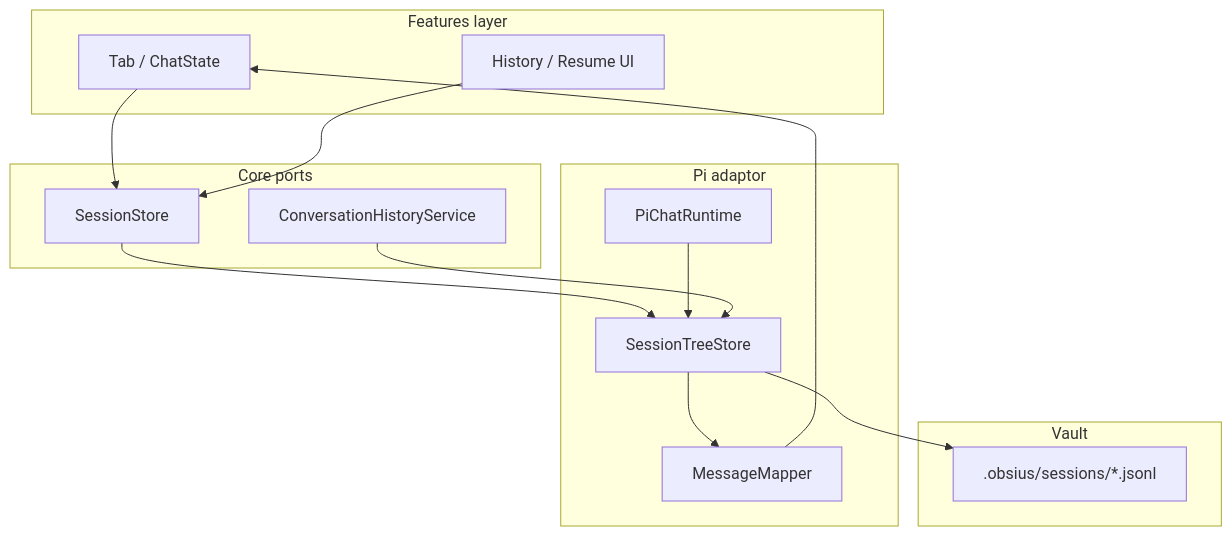
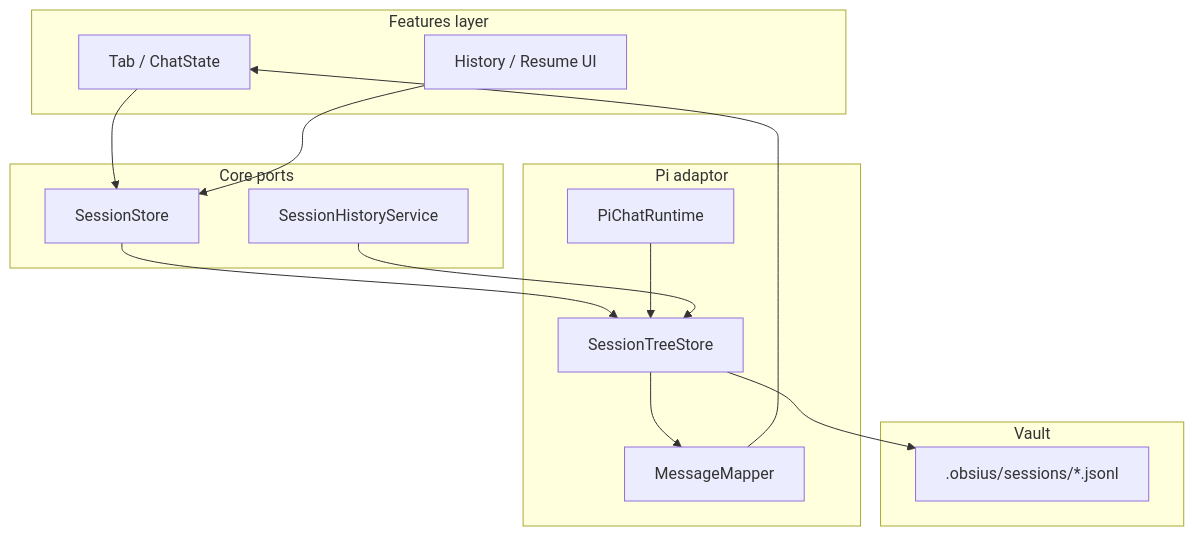
Before and after one commit to shuuul/obsidian-pivi: the diagram in docs/specs/session-tree-spec.md, drawn with Mermaid. The commit also changed other lines of this file and 95 other files, not shown here.

````diff
--- a/docs/specs/session-tree-spec.md
+++ b/docs/specs/session-tree-spec.md
@@ -124,28 +124,28 @@
 ```mermaid
 flowchart TB
   subgraph ui [Features layer]
     Tab[Tab / ChatState]
     Hist[History / Resume UI]
   end
   subgraph core [Core ports]
     SS[SessionStore]
-    CH[ConversationHistoryService]
+    CH[SessionHistoryService]
   end
   subgraph pi [Pi adaptor]
     Bridge[SessionTreeStore]
     Map[MessageMapper]
     Runtime[PiChatRuntime]
   end
   subgraph disk [Vault]
     JSONL[".obsius/sessions/*.jsonl"]
   end
 
   Tab --> SS
   Hist --> SS
   SS --> Bridge
   Bridge --> JSONL
   Bridge --> Map
   Map --> Tab
   Runtime --> Bridge
   CH --> Bridge
 ```
````
